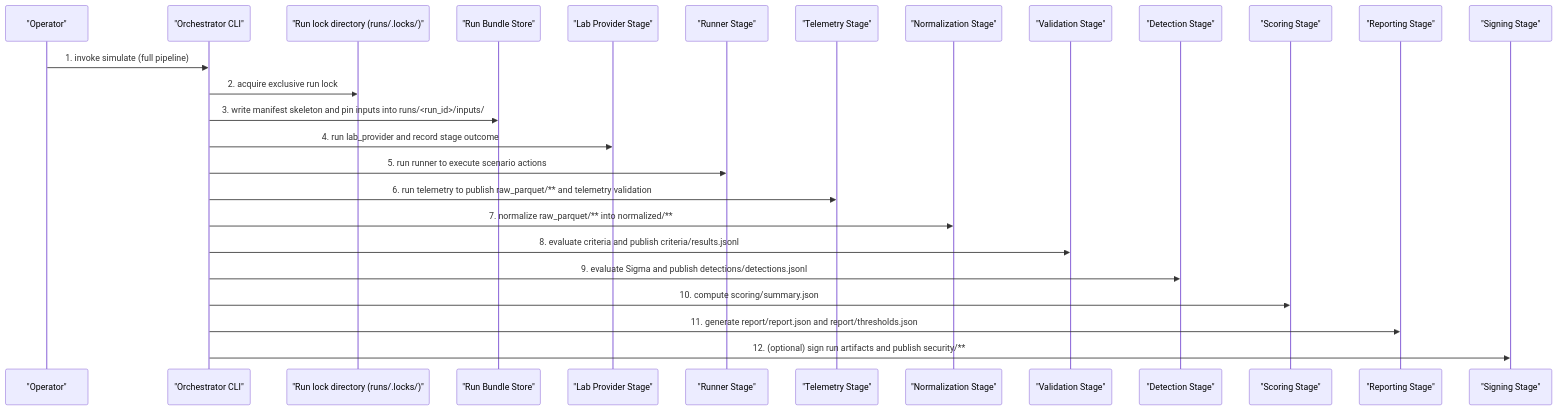
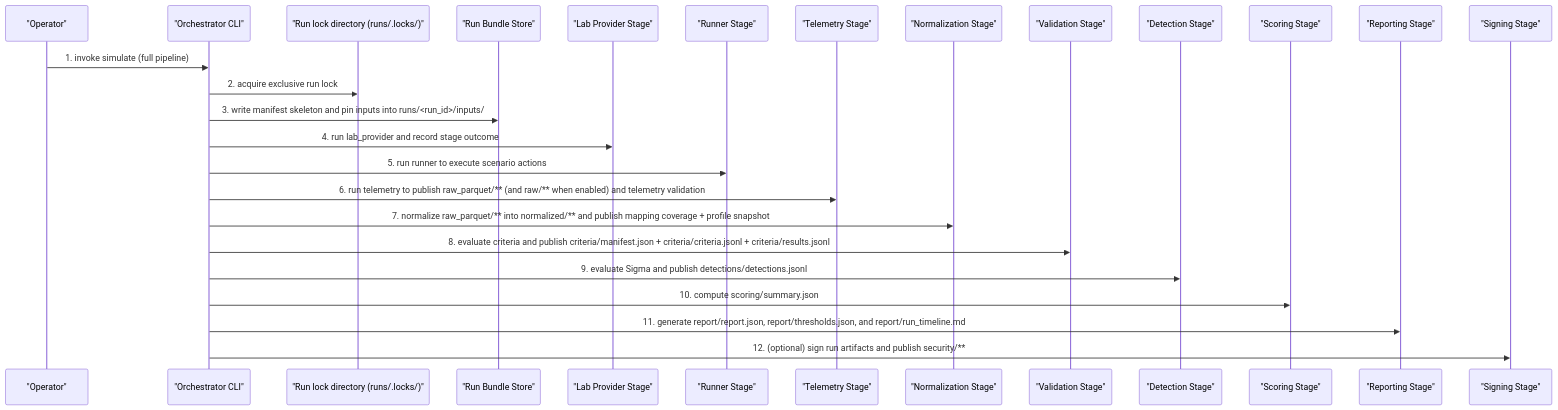
The diagram in docs/diagrams/generated/run_sequence.md (JochiRaider/purple-axiom), drawn with Mermaid before and after one commit. The commit also changed 9 other files, not shown here.

````diff
--- a/docs/diagrams/generated/run_sequence.md
+++ b/docs/diagrams/generated/run_sequence.md
@@ -3,28 +3,28 @@
 ```mermaid
 sequenceDiagram
   participant operator as "Operator"
   participant orchestrator_cli as "Orchestrator CLI"
   participant run_lock_dir as "Run lock directory (runs/.locks/)"
   participant run_bundle_store as "Run Bundle Store"
   participant lab_provider as "Lab Provider Stage"
   participant runner as "Runner Stage"
   participant telemetry as "Telemetry Stage"
   participant normalization as "Normalization Stage"
   participant validation as "Validation Stage"
   participant detection as "Detection Stage"
   participant scoring as "Scoring Stage"
   participant reporting as "Reporting Stage"
   participant signing as "Signing Stage"
   operator->>orchestrator_cli: 1. invoke simulate (full pipeline)
   orchestrator_cli->>run_lock_dir: 2. acquire exclusive run lock
   orchestrator_cli->>run_bundle_store: 3. write manifest skeleton and pin inputs into runs/#lt;run_id#gt;/inputs/
   orchestrator_cli->>lab_provider: 4. run lab_provider and record stage outcome
   orchestrator_cli->>runner: 5. run runner to execute scenario actions
-  orchestrator_cli->>telemetry: 6. run telemetry to publish raw_parquet/** and telemetry validation
-  orchestrator_cli->>normalization: 7. normalize raw_parquet/** into normalized/**
-  orchestrator_cli->>validation: 8. evaluate criteria and publish criteria/results.jsonl
+  orchestrator_cli->>telemetry: 6. run telemetry to publish raw_parquet/** (and raw/** when enabled) and telemetry validation
+  orchestrator_cli->>normalization: 7. normalize raw_parquet/** into normalized/** and publish mapping coverage + profile snapshot
+  orchestrator_cli->>validation: 8. evaluate criteria and publish criteria/manifest.json + criteria/criteria.jsonl + criteria/results.jsonl
   orchestrator_cli->>detection: 9. evaluate Sigma and publish detections/detections.jsonl
   orchestrator_cli->>scoring: 10. compute scoring/summary.json
-  orchestrator_cli->>reporting: 11. generate report/report.json and report/thresholds.json
+  orchestrator_cli->>reporting: 11. generate report/report.json, report/thresholds.json, and report/run_timeline.md
   orchestrator_cli->>signing: 12. (optional) sign run artifacts and publish security/**
 ```
````
